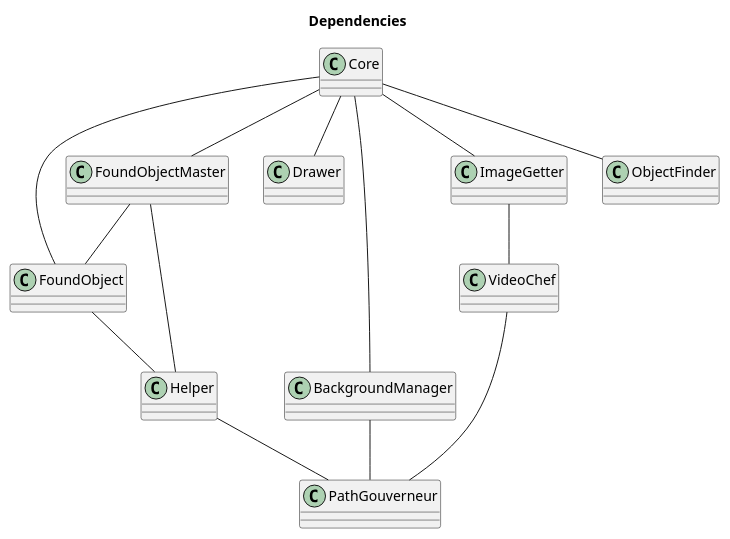
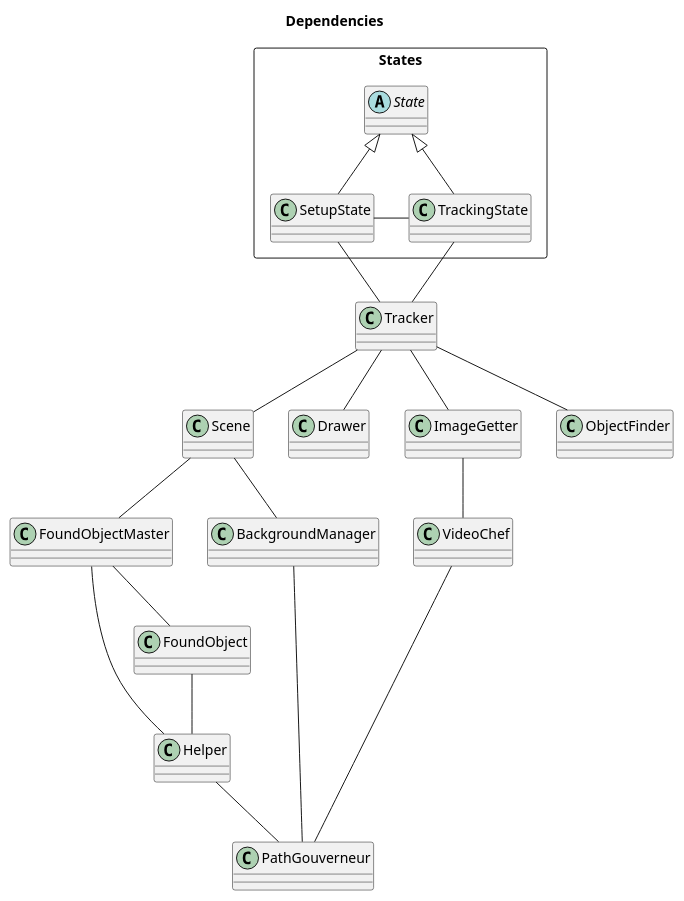
Before and after one commit to NewTec-GmbH/SpaceShipRadar: the diagram in doc/uml/swarch.puml, drawn with PlantUML. The commit also changed 6 other files, not shown here.

```diff
--- a/doc/uml/swarch.puml
+++ b/doc/uml/swarch.puml
@@ -1,40 +1,59 @@
 @startuml swarch
 title Dependencies
 
 
 
-class Core
+class Scene
 class Helper
 
 class FoundObject
 class FoundObjectMaster
 
 class Drawer
 class BackgroundManager
 class PathGouverneur
 
 class VideoChef
 class ImageGetter
 class ObjectFinder
+class Tracker
 
-Core -- FoundObject
-Core -- FoundObjectMaster
-Core -- Drawer
-Core -- BackgroundManager
-Core -- ImageGetter
-Core -- ObjectFinder
+package States <<rectangle>>{
+    abstract State
+    class SetupState 
+    class TrackingState
+    
+}
+' class Context
+
+
+Scene -- FoundObjectMaster
+Scene -- BackgroundManager
 
 Helper -- PathGouverneur
 
 FoundObject -- Helper
 
 FoundObjectMaster -- FoundObject
 FoundObjectMaster -- Helper
 
 BackgroundManager -- PathGouverneur
 
 ImageGetter -- VideoChef
 
 VideoChef -- PathGouverneur
 
+SetupState -- Tracker
+SetupState -right- TrackingState
+"State" <|-- SetupState
+
+TrackingState -- Tracker
+"State" <|-- TrackingState
+
+Tracker -- Scene
+Tracker -- ImageGetter
+Tracker -- ObjectFinder
+Tracker -- Drawer
+
+
 @enduml
```
